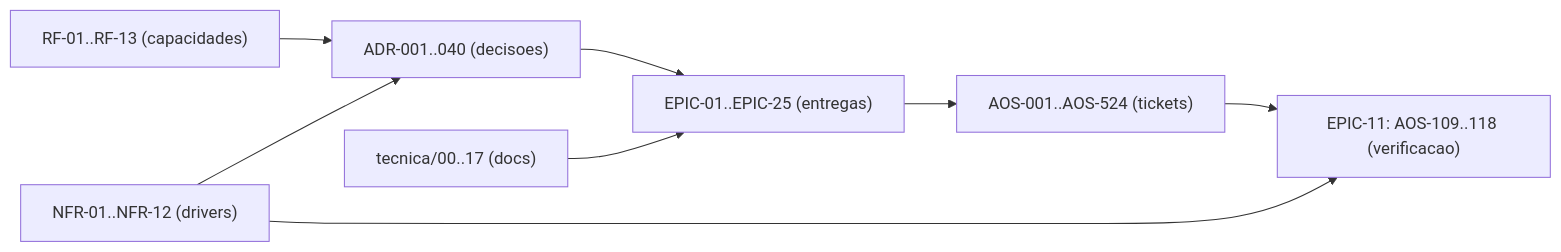
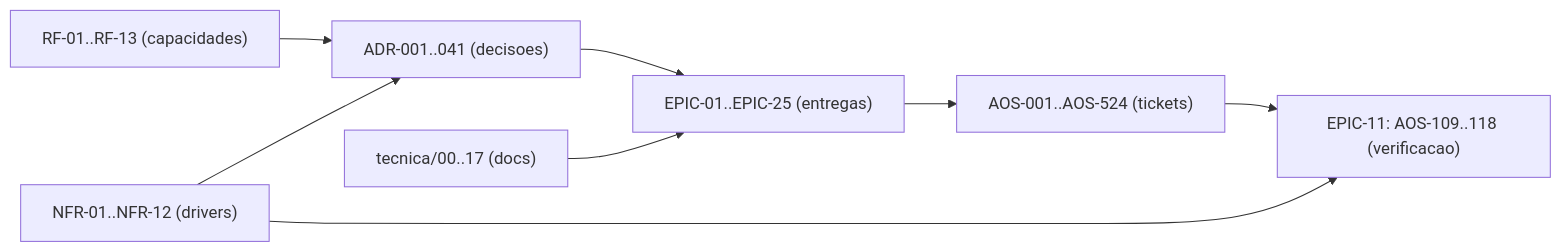
Before and after one commit to albinoJimy/aos: the diagram in tecnica/16_Rastreabilidade_RTM.md, drawn with Mermaid. The commit also changed other lines of this file and 3 other files, not shown here.

````diff
--- a/tecnica/16_Rastreabilidade_RTM.md
+++ b/tecnica/16_Rastreabilidade_RTM.md
@@ -207,10 +209,10 @@
 ```mermaid
 flowchart LR
-    RF["RF-01..RF-13 (capacidades)"] --> ADR["ADR-001..040 (decisoes)"]
+    RF["RF-01..RF-13 (capacidades)"] --> ADR["ADR-001..041 (decisoes)"]
     NFR["NFR-01..NFR-12 (drivers)"] --> ADR
     ADR --> EPIC["EPIC-01..EPIC-25 (entregas)"]
     EPIC --> TICK["AOS-001..AOS-524 (tickets)"]
     DOC["tecnica/00..17 (docs)"] --> EPIC
     TICK --> TEST["EPIC-11: AOS-109..118 (verificacao)"]
     NFR --> TEST
 ```
````
